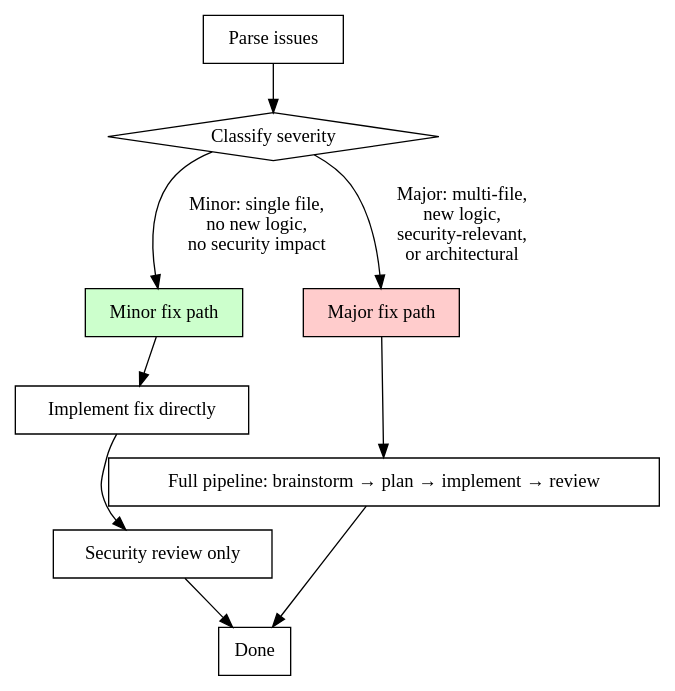
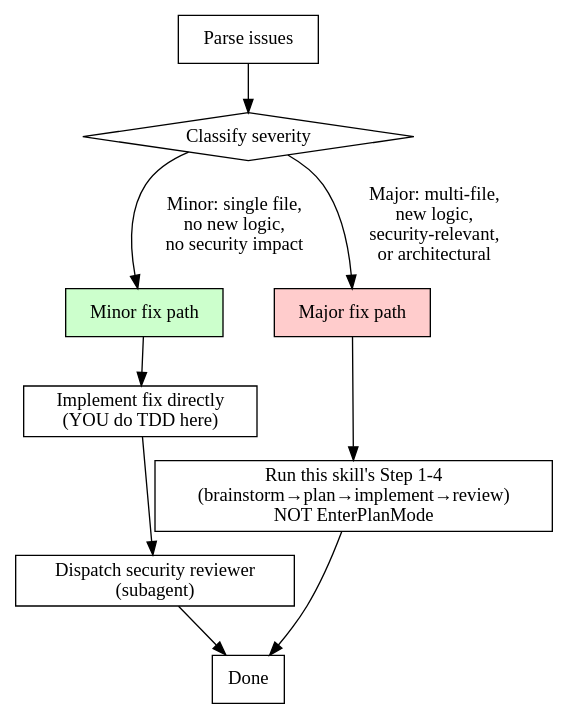
Before and after one commit to khanhnq1406/wealth-journey: the third of 3 diagrams in .claude/skills/secure-feature-pipeline/SKILL.md, drawn with Graphviz. The commit also changed other lines of this file, not shown here.

First line of the commit message:
fix(skill): harden fix step against plan mode escape and unstructured implementation

````diff
--- a/.claude/skills/secure-feature-pipeline/SKILL.md
+++ b/.claude/skills/secure-feature-pipeline/SKILL.md
@@ -933,22 +945,22 @@
 ```dot
 digraph fix_path {
     rankdir=TB;
     "Parse issues" [shape=box];
     "Classify severity" [shape=diamond];
     "Minor fix path" [shape=box style=filled fillcolor="#ccffcc"];
     "Major fix path" [shape=box style=filled fillcolor="#ffcccc"];
-    "Implement fix directly" [shape=box];
-    "Security review only" [shape=box];
-    "Full pipeline: brainstorm → plan → implement → review" [shape=box];
+    "Implement fix directly\n(YOU do TDD here)" [shape=box];
+    "Dispatch security reviewer\n(subagent)" [shape=box];
+    "Run this skill's Step 1-4\n(brainstorm→plan→implement→review)\nNOT EnterPlanMode" [shape=box];
     "Done" [shape=box];
 
     "Parse issues" -> "Classify severity";
     "Classify severity" -> "Minor fix path" [label="Minor: single file,\nno new logic,\nno security impact"];
     "Classify severity" -> "Major fix path" [label="Major: multi-file,\nnew logic,\nsecurity-relevant,\nor architectural"];
-    "Minor fix path" -> "Implement fix directly";
-    "Implement fix directly" -> "Security review only";
-    "Security review only" -> "Done";
-    "Major fix path" -> "Full pipeline: brainstorm → plan → implement → review";
-    "Full pipeline: brainstorm → plan → implement → review" -> "Done";
+    "Minor fix path" -> "Implement fix directly\n(YOU do TDD here)";
+    "Implement fix directly\n(YOU do TDD here)" -> "Dispatch security reviewer\n(subagent)";
+    "Dispatch security reviewer\n(subagent)" -> "Done";
+    "Major fix path" -> "Run this skill's Step 1-4\n(brainstorm→plan→implement→review)\nNOT EnterPlanMode";
+    "Run this skill's Step 1-4\n(brainstorm→plan→implement→review)\nNOT EnterPlanMode" -> "Done";
 }
 ```
````
